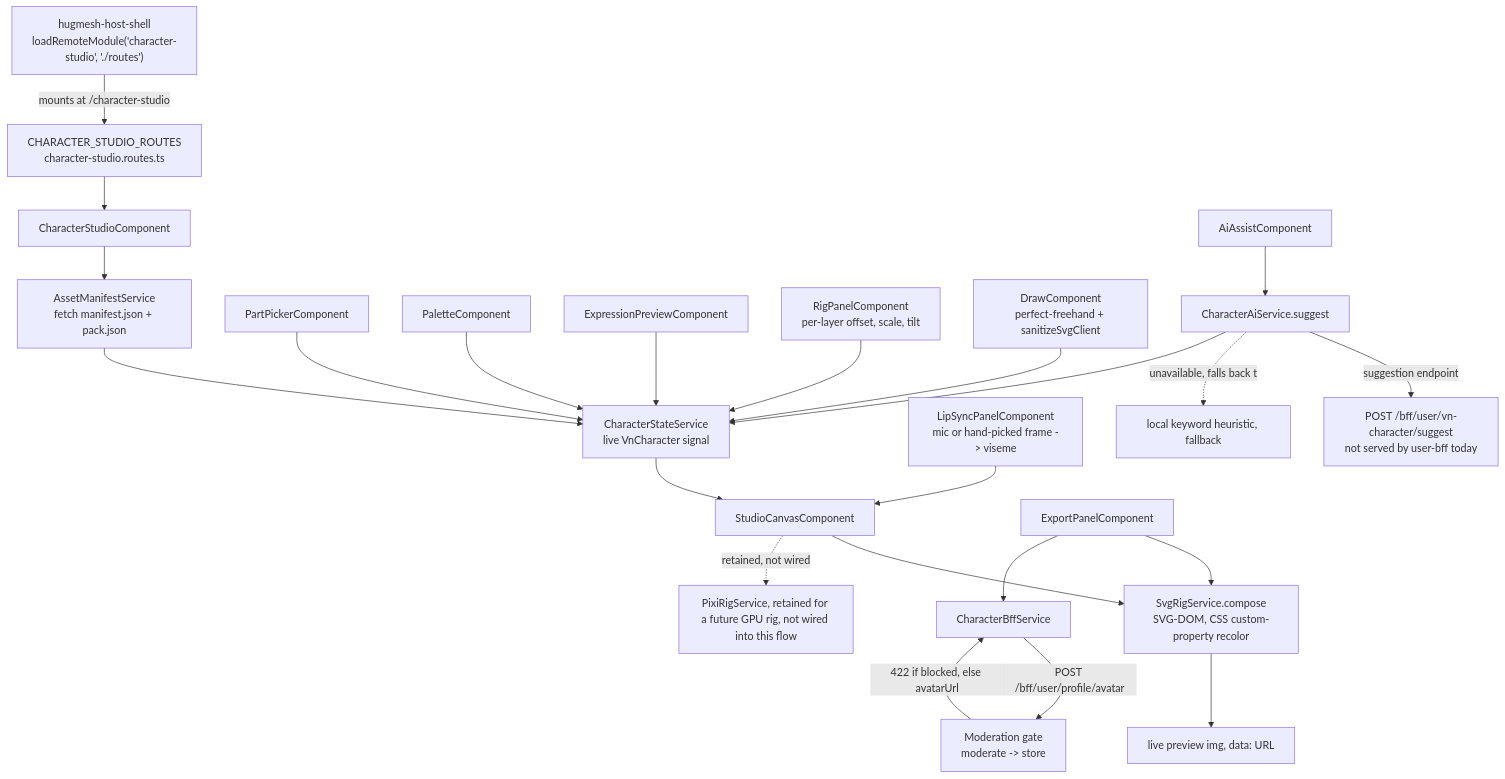
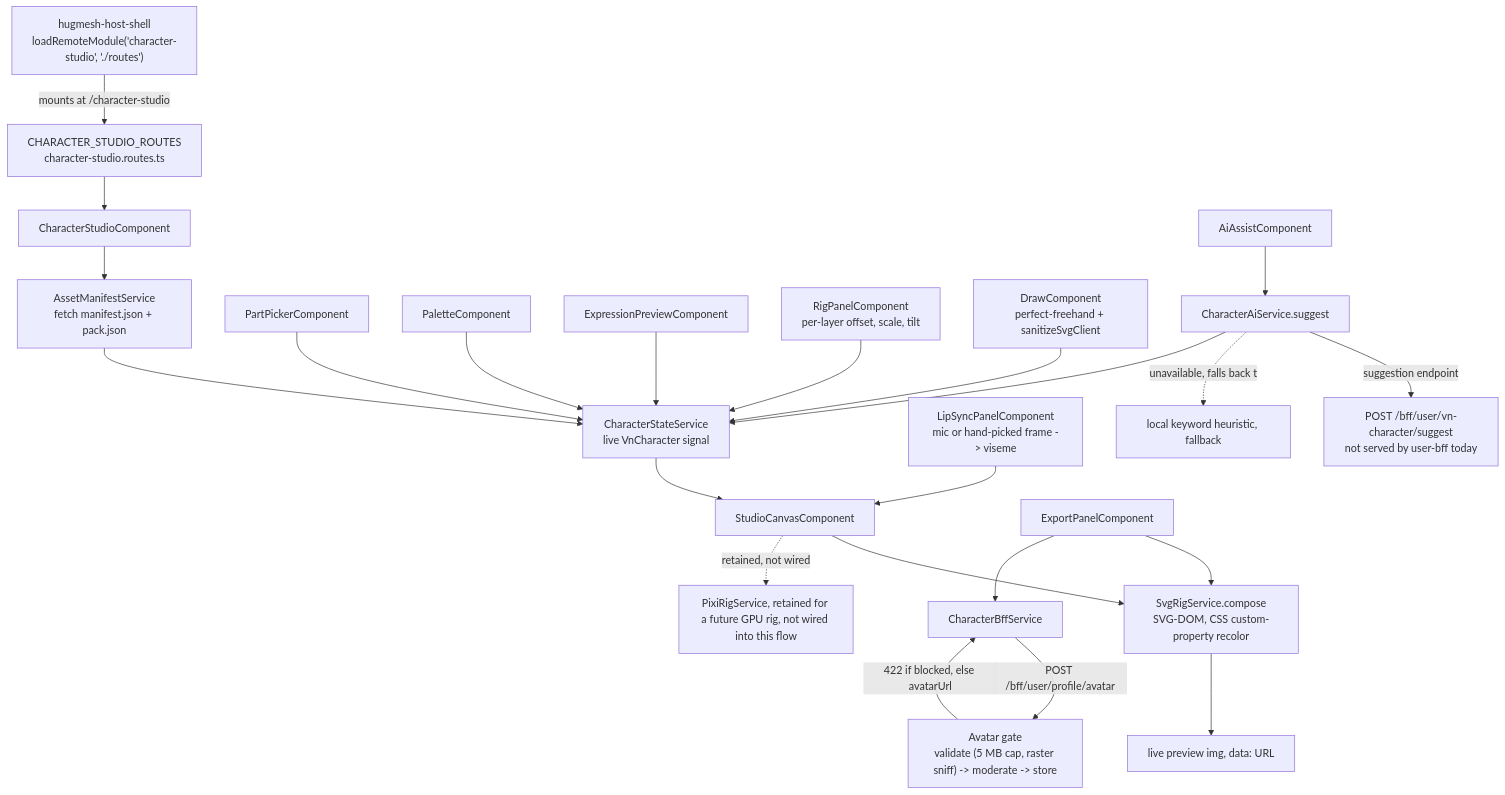
The diagram in README.md (hugmesh/hugmesh-character-studio-ui), drawn with Mermaid before and after one commit. The commit also changed other lines of this file, not shown here.

First line of the commit message:
docs(readme): keep Casdoor subject; describe the avatar gate as validate, moderate, store; trim long bullets

````diff
--- a/README.md
+++ b/README.md
@@ -56,52 +56,52 @@
 ```mermaid
 flowchart TB
     Host["hugmesh-host-shell<br/>loadRemoteModule('character-studio', './routes')"]
     Routes["CHARACTER_STUDIO_ROUTES<br/>character-studio.routes.ts"]
     Studio["CharacterStudioComponent"]
     Assets["AssetManifestService<br/>fetch manifest.json + pack.json"]
     State["CharacterStateService<br/>live VnCharacter signal"]
     Canvas["StudioCanvasComponent"]
     SvgRig["SvgRigService.compose<br/>SVG-DOM, CSS custom-property recolor"]
     Preview["live preview img, data: URL"]
     PartPicker["PartPickerComponent"]
     Palette["PaletteComponent"]
     ExprPreview["ExpressionPreviewComponent"]
     LipSync["LipSyncPanelComponent<br/>mic or hand-picked frame -> viseme"]
     RigPanel["RigPanelComponent<br/>per-layer offset, scale, tilt"]
     Draw["DrawComponent<br/>perfect-freehand + sanitizeSvgClient"]
     AiAssist["AiAssistComponent"]
     CharacterAi["CharacterAiService.suggest"]
     BffSuggest["POST /bff/user/vn-character/suggest<br/>not served by user-bff today"]
     LocalHeuristic["local keyword heuristic, fallback"]
     ExportPanel["ExportPanelComponent"]
     CharacterBff["CharacterBffService"]
-    Moderation["Moderation gate<br/>moderate -> store"]
+    Moderation["Avatar gate<br/>validate (5 MB cap, raster sniff) -> moderate -> store"]
     PixiRig["PixiRigService, retained for a future GPU rig, not wired into this flow"]
 
     Host -->|mounts at /character-studio| Routes
     Routes --> Studio
     Studio --> Assets
     Assets --> State
     State --> Canvas
     Canvas --> SvgRig
     SvgRig --> Preview
 
     PartPicker --> State
     Palette --> State
     ExprPreview --> State
     RigPanel --> State
     LipSync --> Canvas
     Draw --> State
 
     AiAssist --> CharacterAi
     CharacterAi -->|suggestion endpoint| BffSuggest
     CharacterAi -.unavailable, falls back to.-> LocalHeuristic
     CharacterAi --> State
 
     ExportPanel --> SvgRig
     ExportPanel --> CharacterBff
     CharacterBff -->|POST /bff/user/profile/avatar| Moderation
     Moderation -->|422 if blocked, else avatarUrl| CharacterBff
 
     Canvas -.retained, not wired.-> PixiRig
 ```
````
